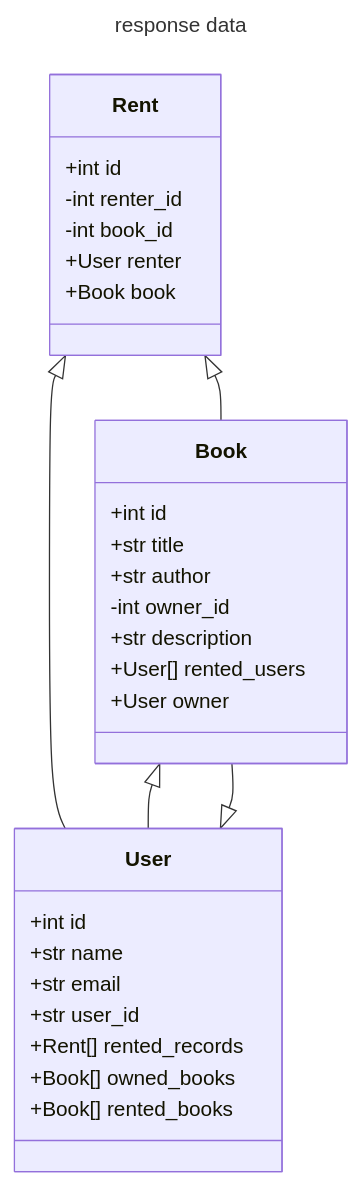
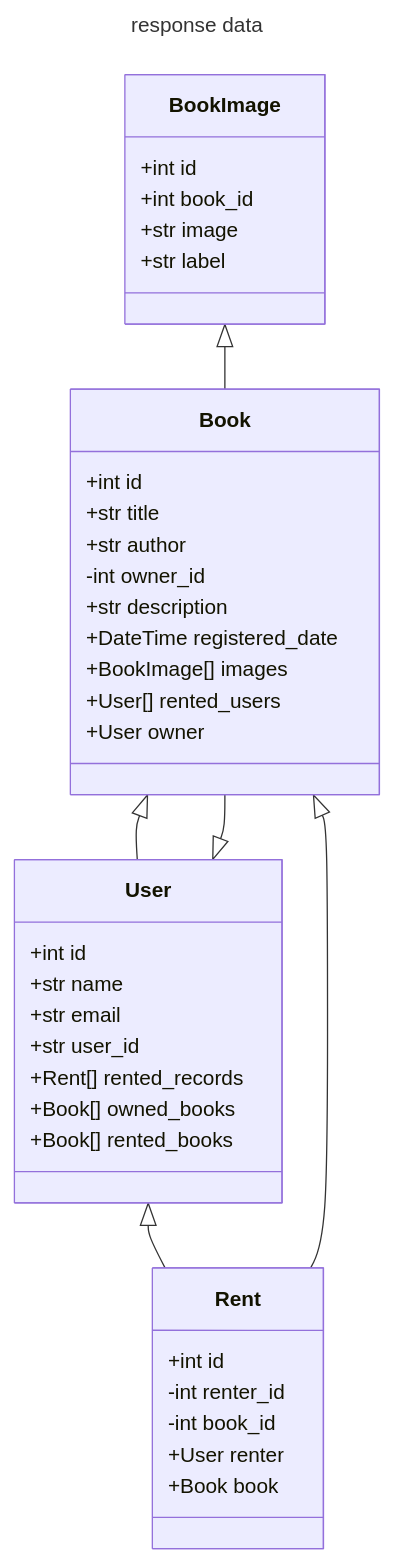
The third of 6 diagrams in README.md (wootra/book-share), drawn with Mermaid before and after one commit. The commit also changed other lines of this file, not shown here.

````diff
--- a/README.md
+++ b/README.md
@@ -73,39 +73,49 @@
 ```mermaid
 ---
 title: "response data"
 ---
 classDiagram
 class Book {
     +int id
     +str title
     +str author
     -int owner_id
     +str description
+    +DateTime registered_date
+    +BookImage[] images
     +User[] rented_users
     +User owner
+}
+
+class BookImage {
+    +int id
+    +int book_id
+    +str image
+    +str label
 }
 
 class User {
     +int id
     +str name
     +str email
     +str user_id
     +Rent[] rented_records
     +Book[] owned_books
     +Book[] rented_books
 }
 
 class Rent {
     +int id
     -int renter_id
     -int book_id
     +User renter
     +Book book
 }
 
 Book <|-- User
 User <|-- Book
-Rent <|-- User
-Rent <|-- Book
+User <|-- Rent
+Book <|-- Rent
+BookImage <|-- Book
 
 ```
````
